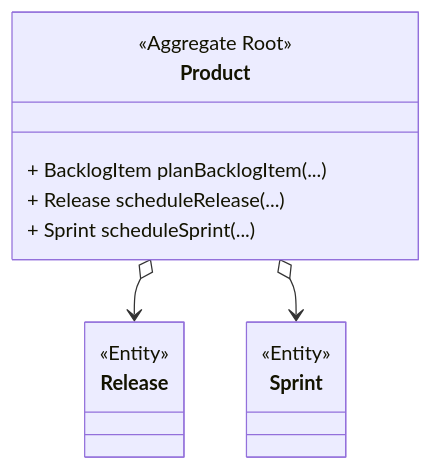
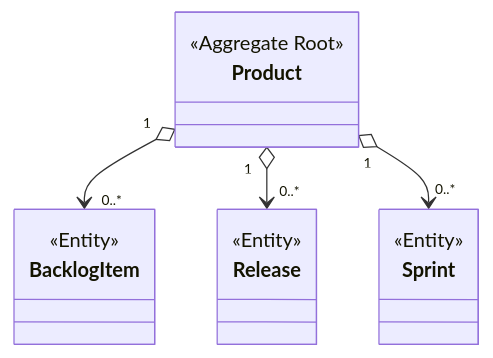
The fifth of 12 diagrams in docs/ddd/:category/:year-:month-:day-:title.md (lordking/lordking.github.io), drawn with Mermaid before and after one commit. The commit also changed other lines of this file, not shown here.

````diff
--- a/docs/ddd/:category/:year-:month-:day-:title.md
+++ b/docs/ddd/:category/:year-:month-:day-:title.md
@@ -125,20 +146,19 @@
 ```mermaid
 classDiagram
 	class Product {
-		<<Aggregate Root>>
-		+ BacklogItem planBacklogItem(...)
-		+ Release scheduleRelease(...)
-		+ Sprint scheduleSprint(...)
+		<<Aggregate Root>>	
 	}
-
+	class BacklogItem {
+		<<Entity>>
+	}
 	class Release {
 		<<Entity>>
 	}
-
 	class Sprint {
 		<<Entity>>
 	}
-
-	Product o--> Release
-	Product o--> Sprint
+	
+	Product "1" o--> "0..*" BacklogItem
+	Product "1" o--> "0..*" Release
+	Product "1" o--> "0..*" Sprint
 ```
````
